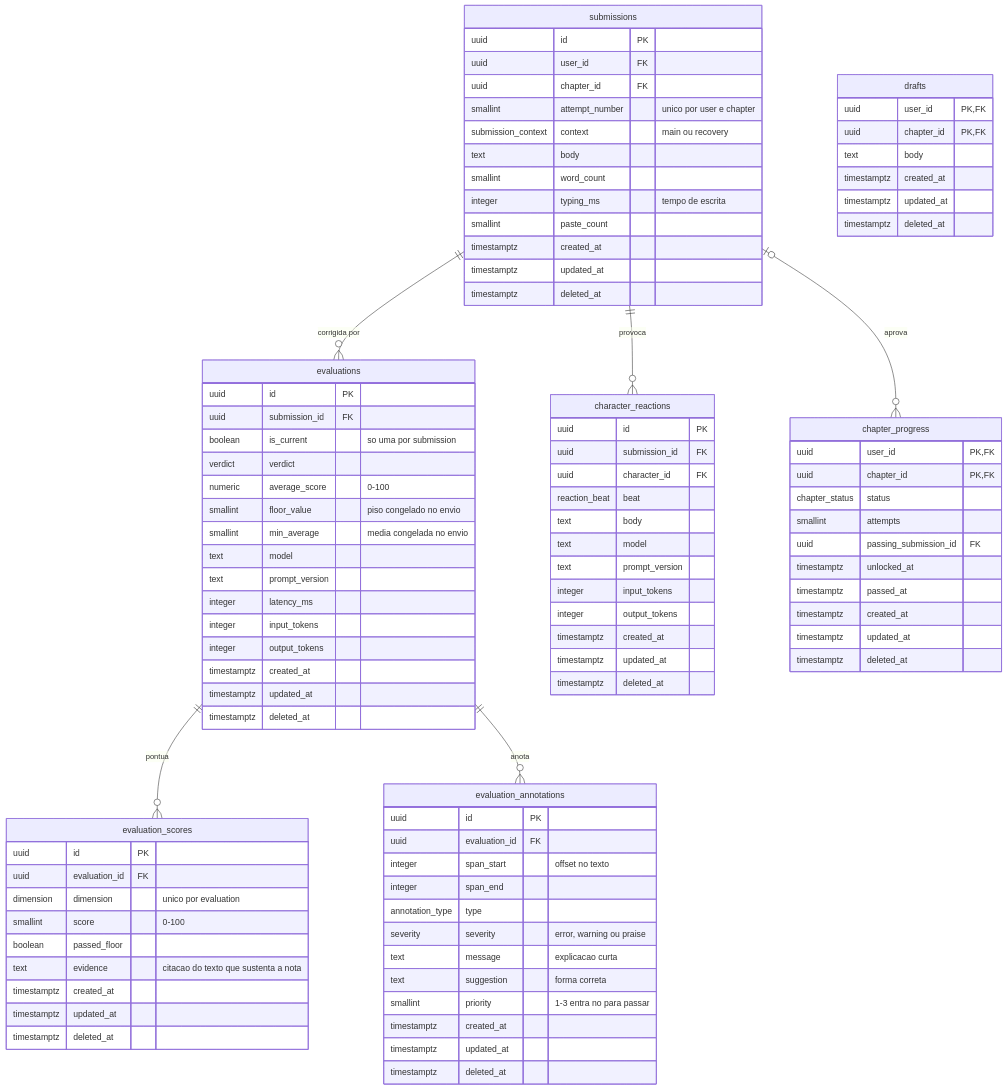
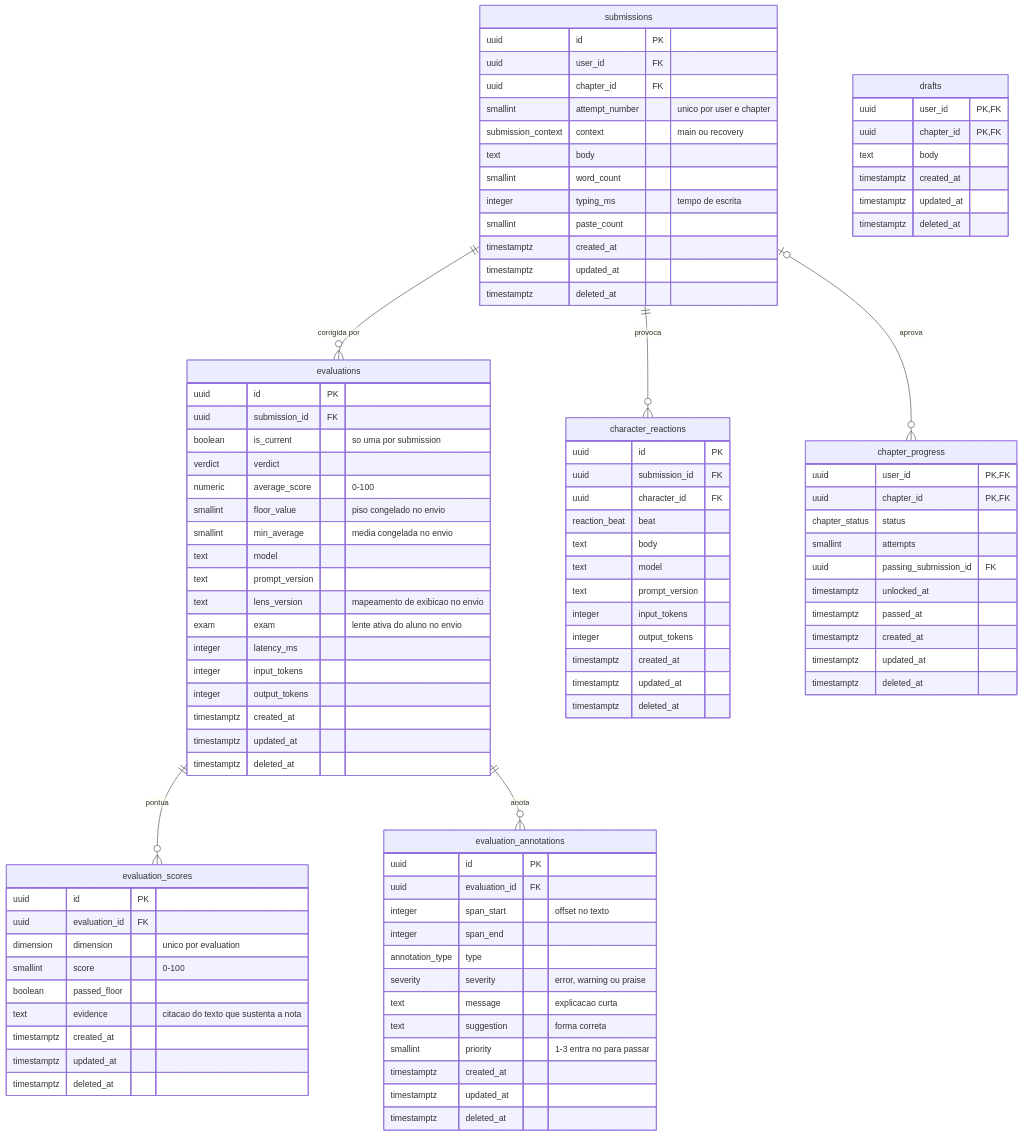
One commit to kaualimadesouza/argumenta-api changed the fourth of 5 diagrams in docs/DER.md. Above: the diagram before and after it, drawn with Mermaid. The commit also changed other lines of this file and 16 other files, not shown here.

```diff
--- a/docs/DER.md
+++ b/docs/DER.md
@@ -255,6 +271,8 @@
     smallint min_average "media congelada no envio"
     text model
     text prompt_version
+    text lens_version "mapeamento de exibicao no envio"
+    exam exam "lente ativa do aluno no envio"
     integer latency_ms
     integer input_tokens
     integer output_tokens
```
